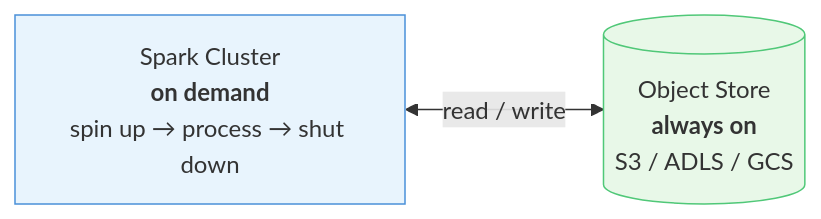
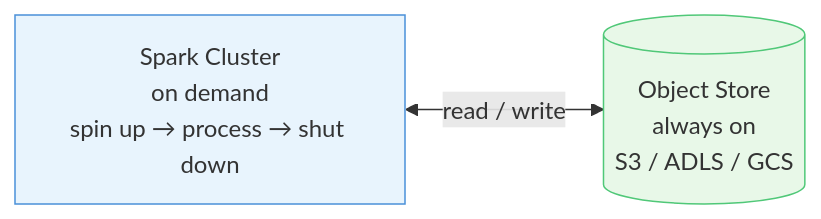
Before and after one commit to adnanrahin/adnanrahin.github.io: the third of 5 diagrams in data-architecture/data-lake.md, drawn with Mermaid. The commit also changed other lines of this file and 3 other files, not shown here.

Commit message:
updated the flowchart

````diff
--- a/data-architecture/data-lake.md
+++ b/data-architecture/data-lake.md
@@ -118,10 +115,10 @@
 ```mermaid
 flowchart LR
-    OS[("Object Store<br/><b>always on</b><br/>S3 / ADLS / GCS")]
-    SC["Spark Cluster<br/><b>on demand</b><br/>spin up → process → shut down"]
+    OS[("Object Store<br/>always on<br/>S3 / ADLS / GCS")]
+    SC["Spark Cluster<br/>on demand<br/>spin up → process → shut down"]
 
     SC <-->|"read / write"| OS
 
     style OS fill:#E8F8E8,stroke:#50C878
     style SC fill:#E8F4FD,stroke:#4A90D9
 ```
````
